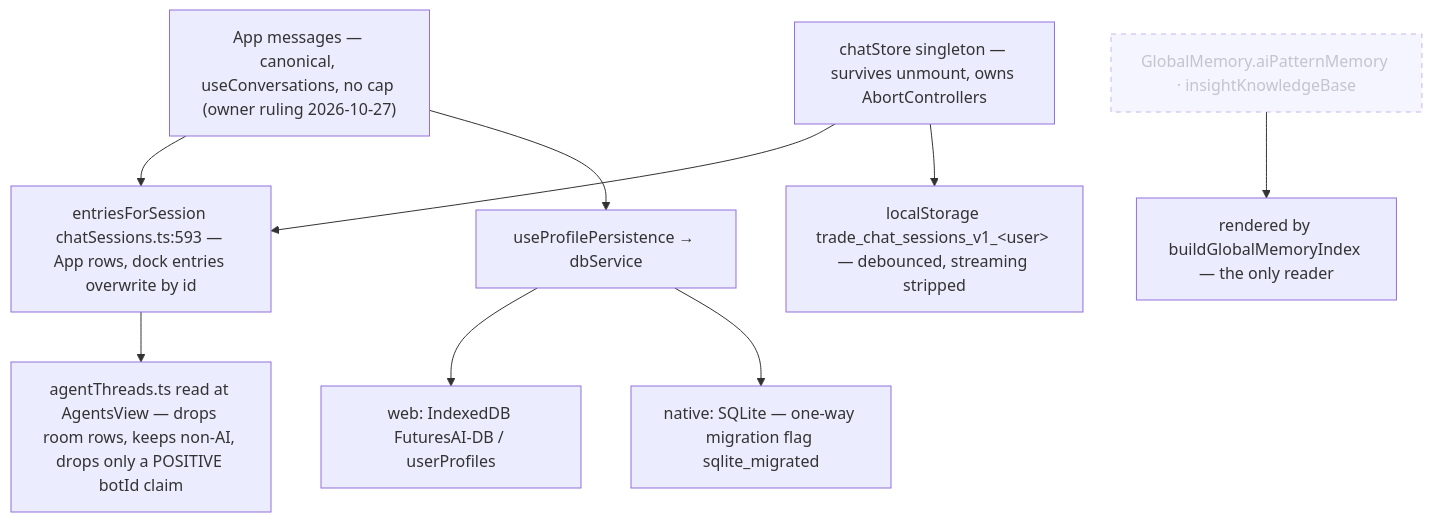
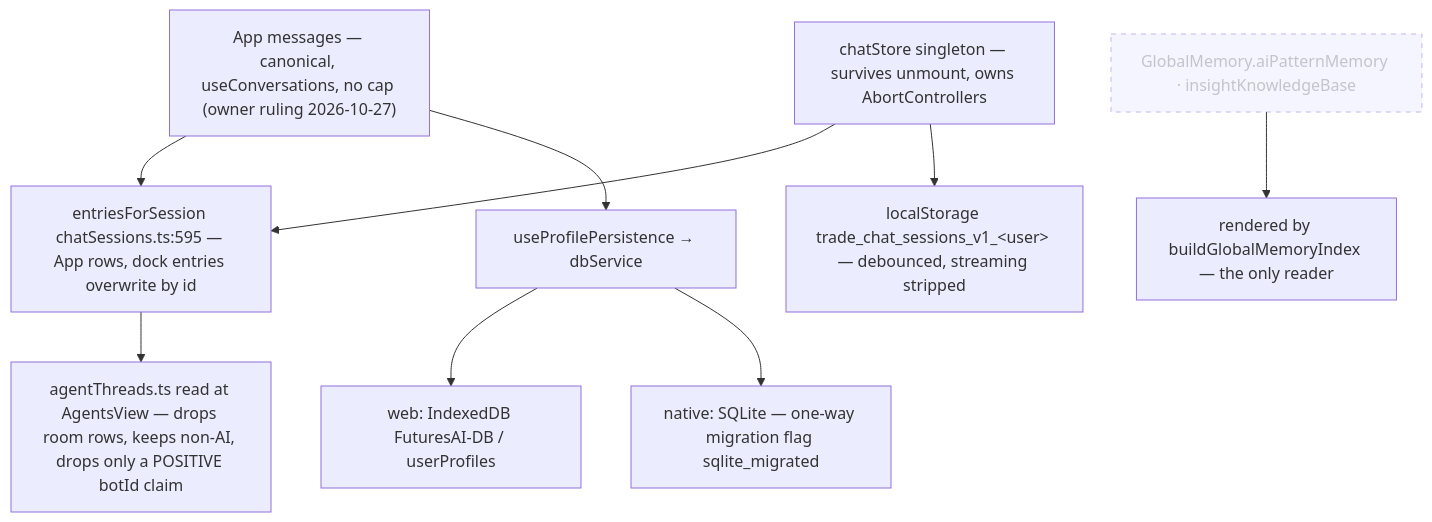
Before and after one commit to Acepay25/august-3.5: the seventh of 8 diagrams in docs/app-flow.md, drawn with Mermaid. The commit also changed other lines of this file and 2 other files, not shown here.

First line of the commit message:
docs(flow): re-anchor the citations the storage move shifted

````diff
--- a/docs/app-flow.md
+++ b/docs/app-flow.md
@@ -540,12 +540,12 @@
 ```mermaid
 flowchart TD
-    MSG["App messages — canonical, useConversations, no cap (owner ruling 2026-10-27)"] --> MER["entriesForSession chatSessions.ts:593 — App rows, dock entries overwrite by id"]
+    MSG["App messages — canonical, useConversations, no cap (owner ruling 2026-10-27)"] --> MER["entriesForSession chatSessions.ts:595 — App rows, dock entries overwrite by id"]
     CS["chatStore singleton — survives unmount, owns AbortControllers"] --> MER
     MER --> PANE["agentThreads.ts read at AgentsView — drops room rows, keeps non-AI, drops only a POSITIVE botId claim"]
     CS --> LS["localStorage trade_chat_sessions_v1_&lt;user&gt; — debounced, streaming stripped"]
     MSG --> PP["useProfilePersistence → dbService"]
     PP --> IDB["web: IndexedDB FuturesAI-DB / userProfiles"]
     PP --> SQL["native: SQLite — one-way migration flag sqlite_migrated"]
     GM["GlobalMemory.aiPatternMemory · insightKnowledgeBase"]:::dead --> IDX["rendered by buildGlobalMemoryIndex — the only reader"]
     classDef dead stroke-dasharray: 5 5,opacity:.5
 ```
````
